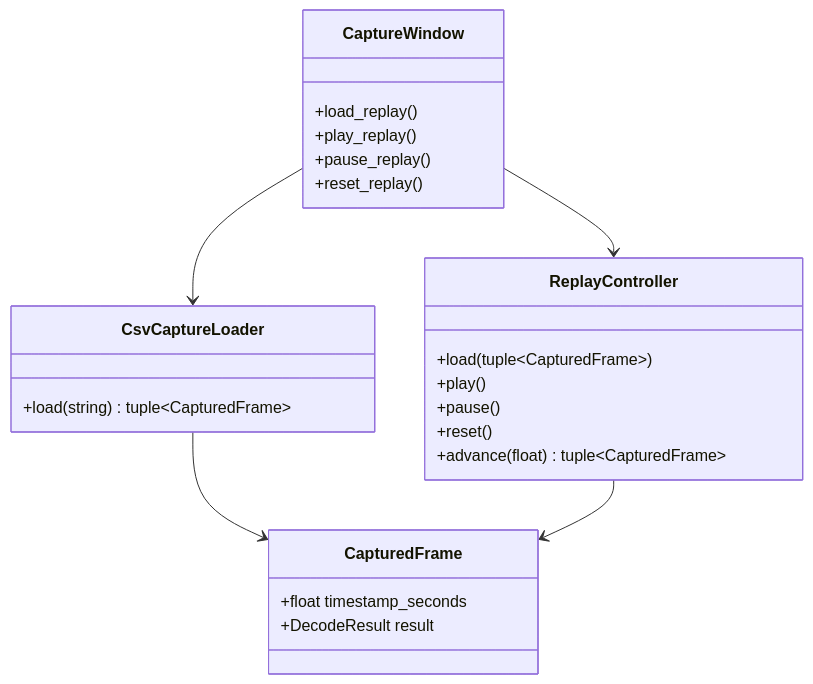
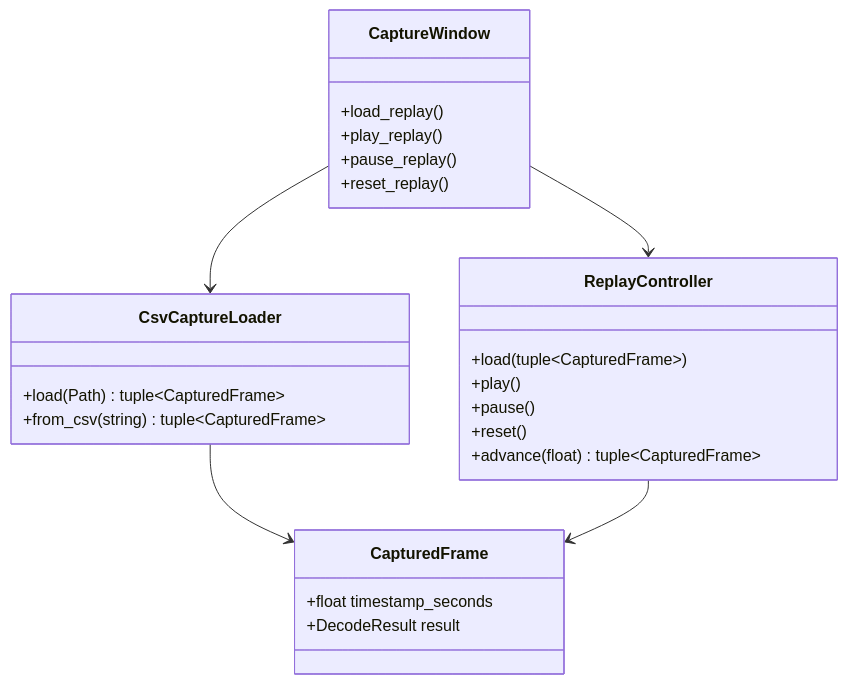
One commit to benoit-bremaud/can-sniffer changed the diagram in docs/architecture/diagrams/offline-replay/03-class.md. Above: the diagram before and after it, drawn with Mermaid. The commit also changed 5 other files, not shown here.

````diff
--- a/docs/architecture/diagrams/offline-replay/03-class.md
+++ b/docs/architecture/diagrams/offline-replay/03-class.md
@@ -12,27 +12,28 @@
 ```mermaid
 classDiagram
     class CapturedFrame {
         +float timestamp_seconds
         +DecodeResult result
     }
     class CsvCaptureLoader {
-        +load(string) tuple~CapturedFrame~
+        +load(Path) tuple~CapturedFrame~
+        +from_csv(string) tuple~CapturedFrame~
     }
     class ReplayController {
         +load(tuple~CapturedFrame~)
         +play()
         +pause()
         +reset()
         +advance(float) tuple~CapturedFrame~
     }
     class CaptureWindow {
         +load_replay()
         +play_replay()
         +pause_replay()
         +reset_replay()
     }
     CsvCaptureLoader --> CapturedFrame
     ReplayController --> CapturedFrame
     CaptureWindow --> CsvCaptureLoader
     CaptureWindow --> ReplayController
 ```
````
